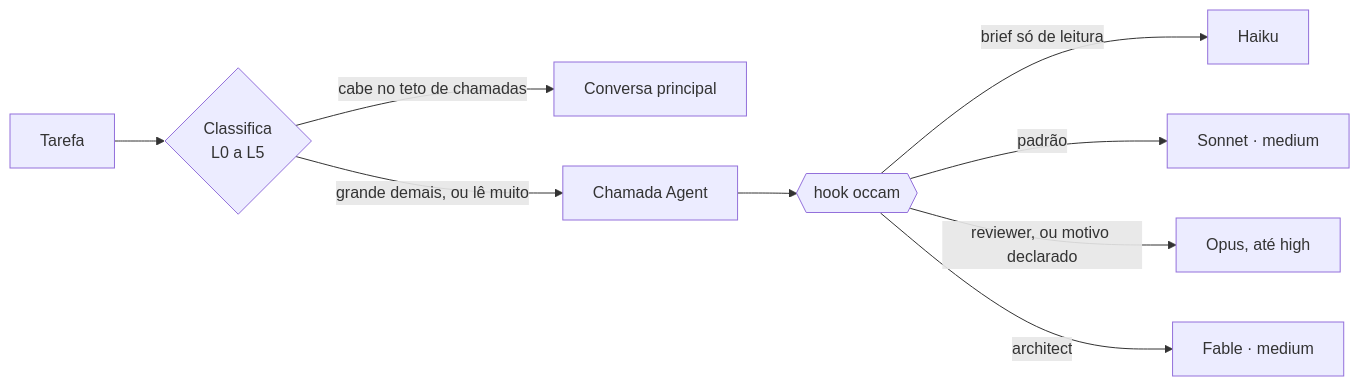
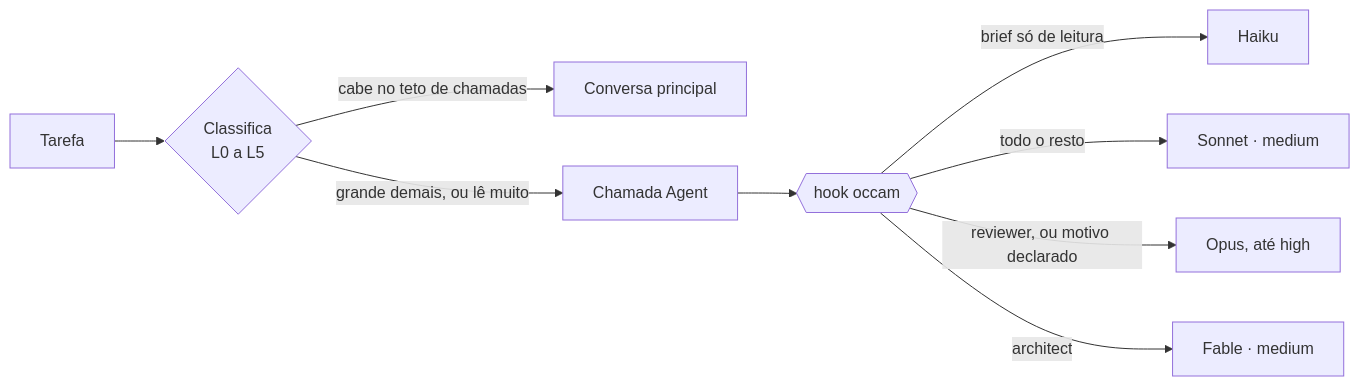
The diagram in README.pt-BR.md (romulorgc/occam), drawn with Mermaid before and after one commit. The commit also changed other lines of this file and 6 other files, not shown here.

````diff
--- a/README.pt-BR.md
+++ b/README.pt-BR.md
@@ -62,11 +62,11 @@
 ```mermaid
 flowchart LR
   T[Tarefa] --> C{Classifica<br/>L0 a L5}
   C -->|cabe no teto de chamadas| M[Conversa principal]
   C -->|grande demais, ou lê muito| A[Chamada Agent]
   A --> H{{hook occam}}
   H -->|brief só de leitura| K[Haiku]
-  H -->|padrão| S[Sonnet · medium]
+  H -->|todo o resto| S[Sonnet · medium]
   H -->|reviewer, ou motivo declarado| O[Opus, até high]
   H -->|architect| F[Fable · medium]
 ```
````
